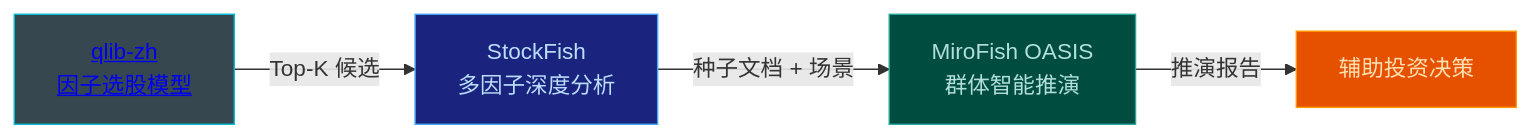
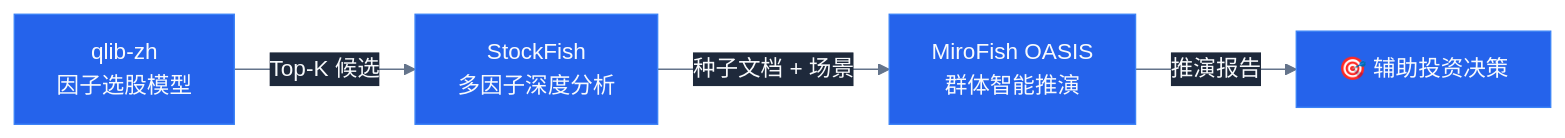
Before and after one commit to freenowill/stock-fish: the first of 2 diagrams in README.md, drawn with Mermaid. The commit also changed other lines of this file, not shown here.

First line of the commit message:
fix: improve flowchart theme, inline video playback, center layout

````diff
--- a/README.md
+++ b/README.md
@@ -9,11 +11,8 @@
 ```mermaid
+%%{init: {'theme': 'base', 'themeVariables': { 'primaryColor': '#2563eb', 'primaryTextColor': '#f8fafc', 'primaryBorderColor': '#3b82f6', 'lineColor': '#64748b', 'secondaryColor': '#1e293b', 'tertiaryColor': '#334155'}}}%%
 flowchart LR
-  A[<a href="https://github.com/freenowill/qlib-zh">qlib-zh<br/>因子选股模型</a>] -->|Top-K 候选| B[StockFish<br/>多因子深度分析]
+  A[qlib-zh<br/>因子选股模型] -->|Top-K 候选| B[StockFish<br/>多因子深度分析]
   B -->|种子文档 + 场景| C[MiroFish OASIS<br/>群体智能推演]
-  C -->|推演报告| D[辅助投资决策]
-
-  style A fill:#37474f,stroke:#00bcd4,color:#b0bec5
-  style B fill:#1a237e,stroke:#42a5f5,color:#bbdefb
-  style C fill:#004d40,stroke:#26a69a,color:#b2dfdb
-  style D fill:#e65100,stroke:#ff9800,color:#ffe0b2
+  C -->|推演报告| D[🎯 辅助投资决策]
+  click A "https://github.com/freenowill/qlib-zh" _blank
 ```
````
